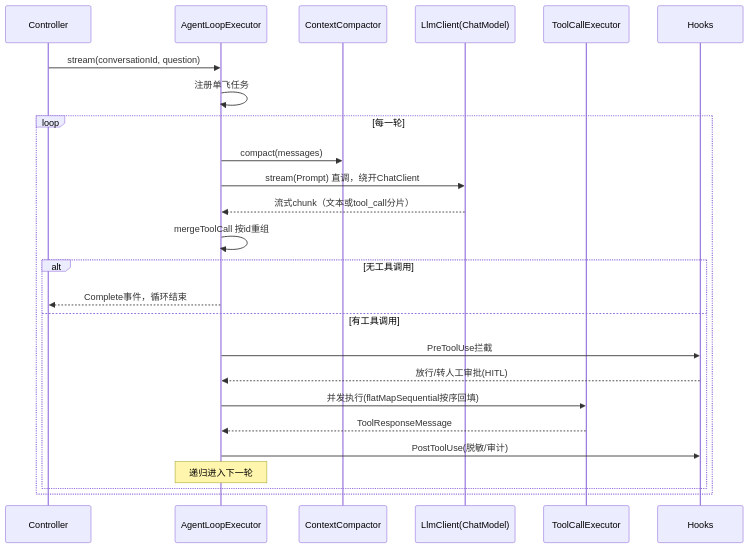
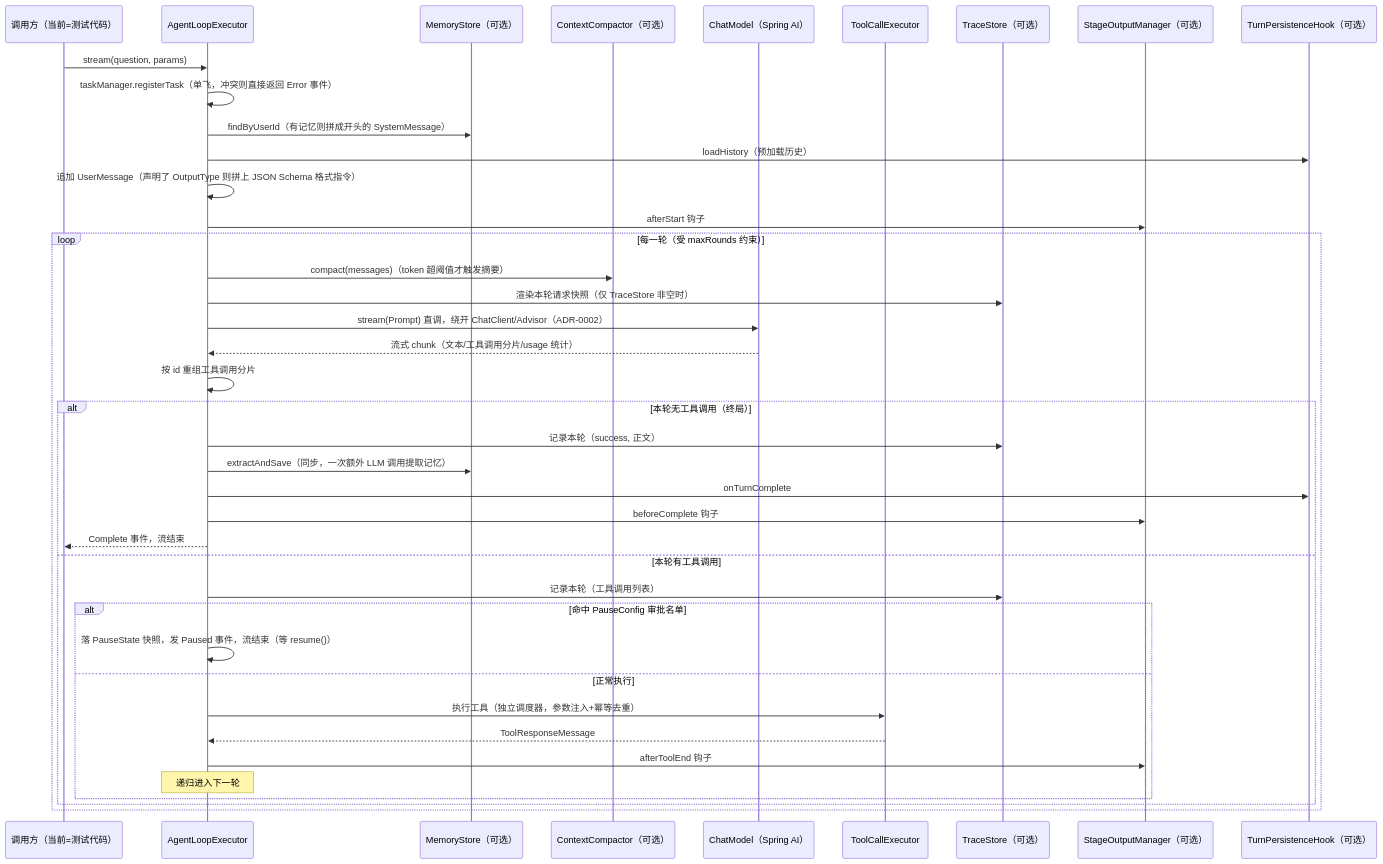
Before and after one commit to renjian-pro/AgentTrail: the second of 2 diagrams in docs/architecture.md, drawn with Mermaid. The commit also changed other lines of this file, not shown here.

````diff
--- a/docs/architecture.md
+++ b/docs/architecture.md
@@ -115,28 +120,44 @@
 ```mermaid
 sequenceDiagram
-    participant C as Controller
-    participant L as AgentLoopExecutor
-    participant CC as ContextCompactor
-    participant LLM as LlmClient(ChatModel)
+    participant Caller as 调用方（当前=测试代码）
+    participant ALE as AgentLoopExecutor
+    participant MEM as MemoryStore（可选）
+    participant CC as ContextCompactor（可选）
+    participant LLM as ChatModel（Spring AI）
     participant TCE as ToolCallExecutor
-    participant H as Hooks
+    participant TRACE as TraceStore（可选）
+    participant STAGE as StageOutputManager（可选）
+    participant PERSIST as TurnPersistenceHook（可选）
 
-    C->>L: stream(conversationId, question)
-    L->>L: 注册单飞任务 #9
-    loop 每一轮
-        L->>CC: compact(messages) #6-8
-        L->>LLM: stream(Prompt) 直调，绕开ChatClient
-        LLM-->>L: 流式chunk（文本或tool_call分片）
-        L->>L: mergeToolCall 按id重组 #1
-        alt 无工具调用
-            L-->>C: Complete事件，循环结束
-        else 有工具调用
-            L->>H: PreToolUse拦截
-            H-->>L: 放行/转人工审批(HITL) #61
-            L->>TCE: 并发执行(flatMapSequential按序回填)
-            TCE-->>L: ToolResponseMessage
-            L->>H: PostToolUse(脱敏/审计)
-            Note over L: 递归进入下一轮
+    Caller->>ALE: stream(question, params)
+    ALE->>ALE: taskManager.registerTask（单飞，冲突则直接返回 Error 事件）
+    ALE->>MEM: findByUserId（有记忆则拼成开头的 SystemMessage）
+    ALE->>PERSIST: loadHistory（预加载历史）
+    ALE->>ALE: 追加 UserMessage（声明了 OutputType 则拼上 JSON Schema 格式指令）
+    ALE->>STAGE: afterStart 钩子
+
+    loop 每一轮（受 maxRounds 约束）
+        ALE->>CC: compact(messages)（token 超阈值才触发摘要）
+        ALE->>TRACE: 渲染本轮请求快照（仅 TraceStore 非空时）
+        ALE->>LLM: stream(Prompt) 直调，绕开 ChatClient/Advisor（ADR-0002）
+        LLM-->>ALE: 流式 chunk（文本/工具调用分片/usage 统计）
+        ALE->>ALE: 按 id 重组工具调用分片
+        alt 本轮无工具调用（终局）
+            ALE->>TRACE: 记录本轮（success, 正文）
+            ALE->>MEM: extractAndSave（同步，一次额外 LLM 调用提取记忆）
+            ALE->>PERSIST: onTurnComplete
+            ALE->>STAGE: beforeComplete 钩子
+            ALE-->>Caller: Complete 事件，流结束
+        else 本轮有工具调用
+            ALE->>TRACE: 记录本轮（工具调用列表）
+            alt 命中 PauseConfig 审批名单
+                ALE->>ALE: 落 PauseState 快照，发 Paused 事件，流结束（等 resume()）
+            else 正常执行
+                ALE->>TCE: 执行工具（独立调度器，参数注入+幂等去重）
+                TCE-->>ALE: ToolResponseMessage
+                ALE->>STAGE: afterToolEnd 钩子
+                Note over ALE: 递归进入下一轮
+            end
         end
     end
 ```
````
